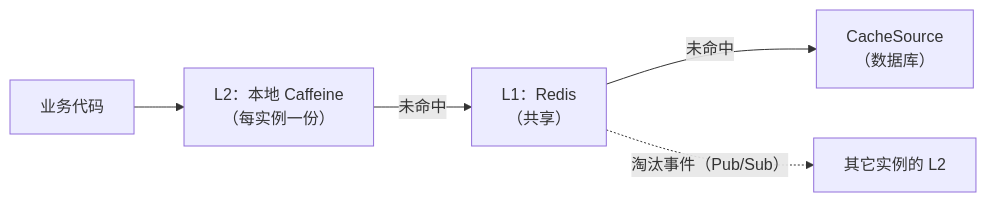
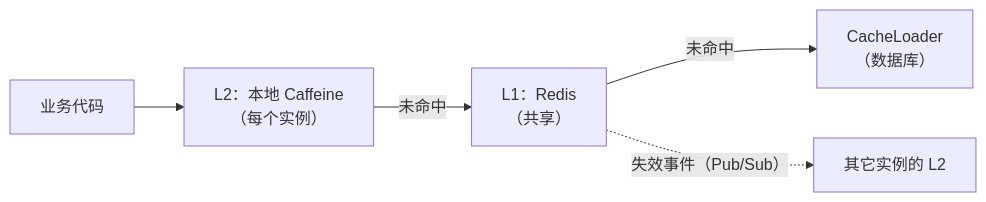
The diagram in wiki/zh/guide/index.md (Ahoo-Wang/CoCache), drawn with Mermaid before and after one commit. The commit also changed other lines of this file and 23 other files, not shown here.

````diff
--- a/wiki/zh/guide/index.md
+++ b/wiki/zh/guide/index.md
@@ -16,7 +18,7 @@
 ```mermaid
 flowchart LR
-    App["业务代码"] --> L2["L2：本地 Caffeine<br>（每实例一份）"]
+    App["业务代码"] --> L2["L2：本地 Caffeine<br>（每个实例）"]
     L2 -- 未命中 --> L1["L1：Redis<br>（共享）"]
-    L1 -- 未命中 --> Src["CacheSource<br>（数据库）"]
-    L1 -. "淘汰事件（Pub/Sub）" .-> Peers["其它实例的 L2"]
+    L1 -- 未命中 --> Src["CacheLoader<br>（数据库）"]
+    L1 -. "失效事件（Pub/Sub）" .-> Peers["其它实例的 L2"]
 ```
````
